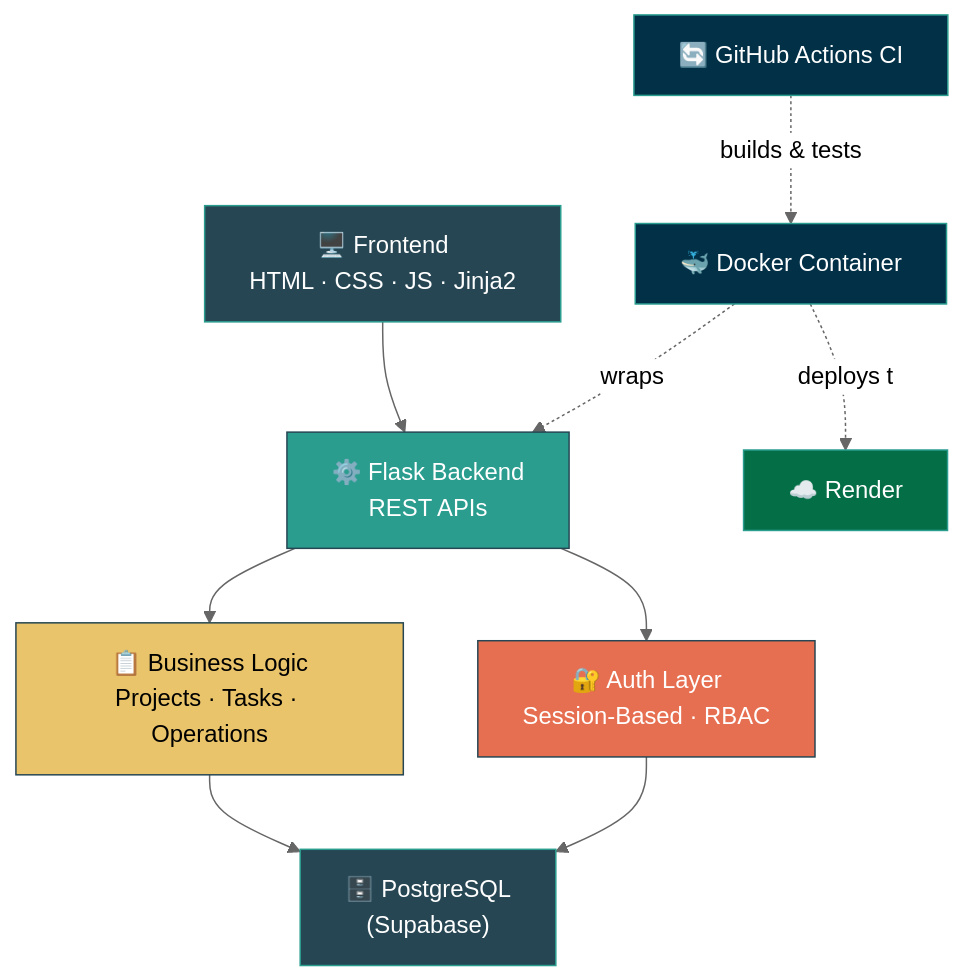
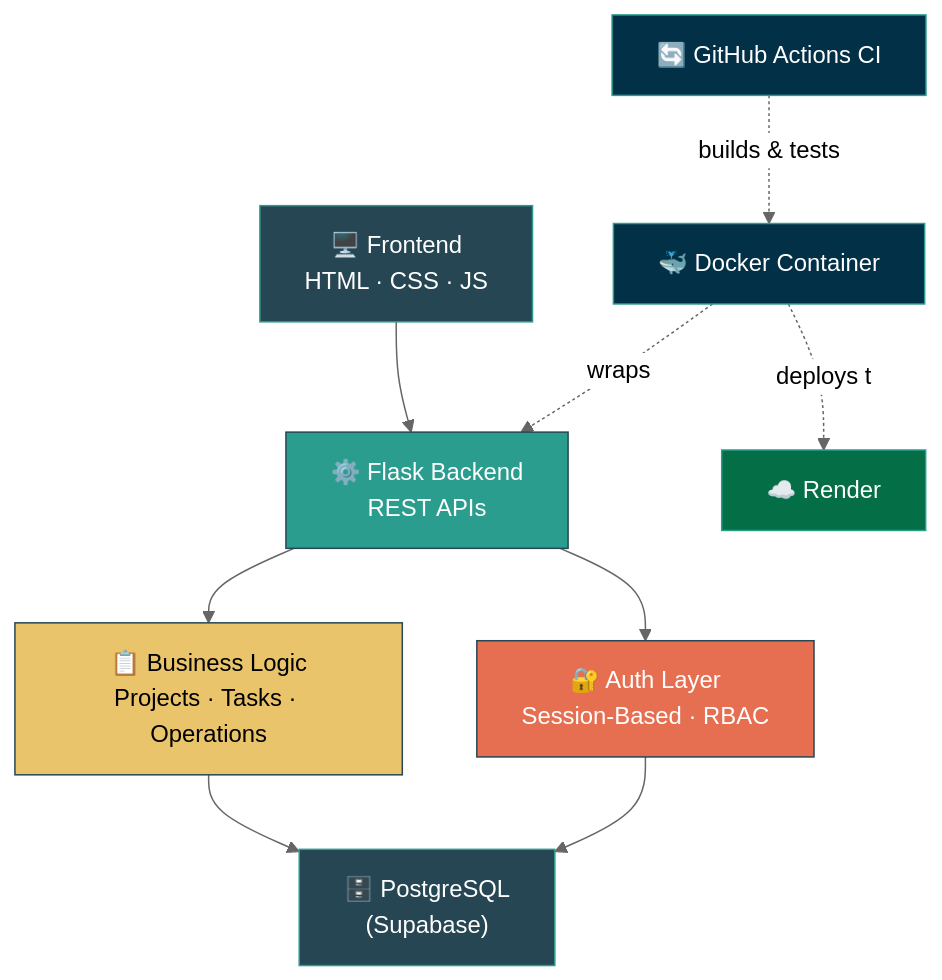
Before and after one commit to Tanmay1113/P-Op-s: the first of 2 diagrams in README.md, drawn with Mermaid (neutral theme). The commit also changed other lines of this file, not shown here.

````diff
--- a/README.md
+++ b/README.md
@@ -35,20 +35,20 @@
 ```mermaid
 flowchart TD
-    A["🖥️ Frontend<br/>HTML · CSS · JS · Jinja2"] --> B["⚙️ Flask Backend<br/>REST APIs"]
+    A["🖥️ Frontend<br/>HTML · CSS · JS"] --> B["⚙️ Flask Backend<br/>REST APIs"]
     B --> C["🔐 Auth Layer<br/>Session-Based · RBAC"]
     B --> D["📋 Business Logic<br/>Projects · Tasks · Operations"]
     D --> E["🗄️ PostgreSQL<br/>(Supabase)"]
     C --> E
     F["🐳 Docker Container"] -.wraps.-> B
     G["🔄 GitHub Actions CI"] -.builds & tests.-> F
     F -.deploys to.-> H["☁️ Render"]
 
     style A fill:#264653,stroke:#2a9d8f,color:#fff
     style B fill:#2a9d8f,stroke:#264653,color:#fff
     style C fill:#e76f51,stroke:#264653,color:#fff
     style D fill:#e9c46a,stroke:#264653,color:#000
     style E fill:#264653,stroke:#2a9d8f,color:#fff
     style F fill:#023047,stroke:#2a9d8f,color:#fff
     style G fill:#023047,stroke:#2a9d8f,color:#fff
     style H fill:#046e46,stroke:#2a9d8f,color:#fff
 ```
````
